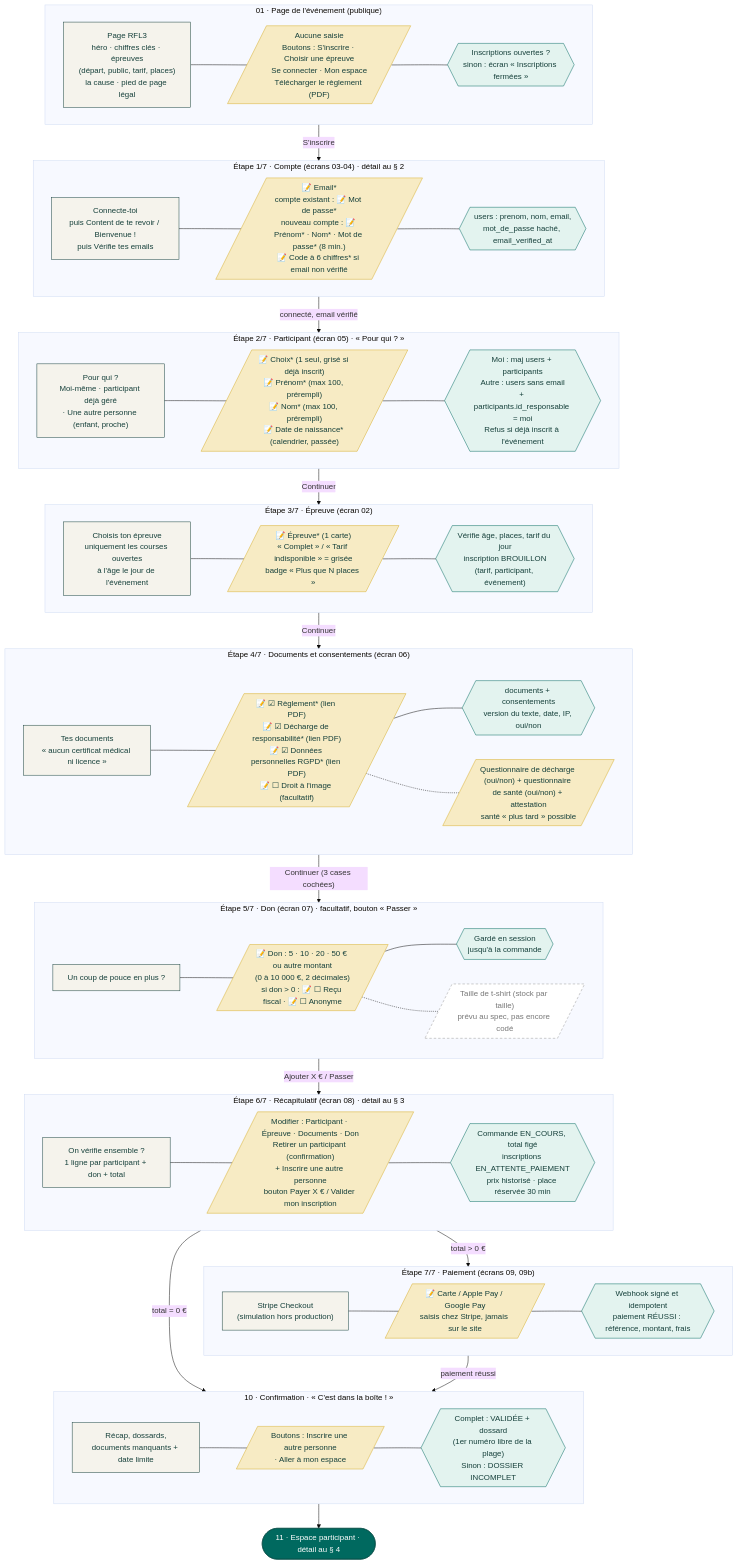
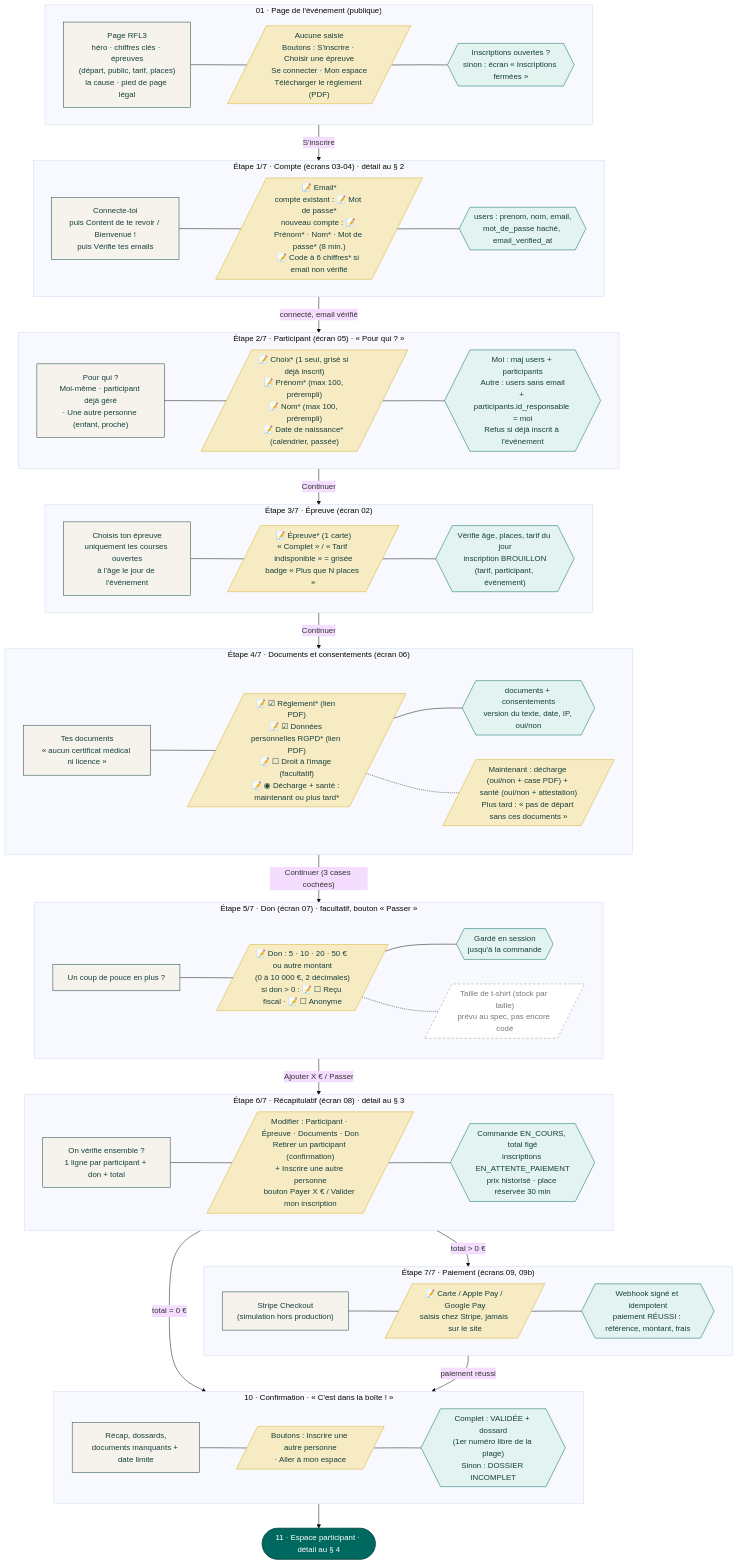
The first of 5 diagrams in docs/parcours-utilisateur.md (OanHamon/Run_For_Lorene), drawn with Mermaid (base theme) before and after one commit. The commit also changed other lines of this file and 14 other files, not shown here.

First line of the commit message:
Décharge et santé : « maintenant » ou « plus tard », remplissables depuis l'espace

```diff
--- a/docs/parcours-utilisateur.md
+++ b/docs/parcours-utilisateur.md
@@ -61,9 +61,9 @@
     subgraph S4["Étape 4/7 · Documents et consentements (écran 06)"]
         direction LR
         E4["Tes documents<br/>« aucun certificat médical ni licence »"]:::ecran
-        D4[/"📝 ☑ Règlement* (lien PDF)<br/>📝 ☑ Décharge de responsabilité* (lien PDF)<br/>📝 ☑ Données personnelles RGPD* (lien PDF)<br/>📝 ☐ Droit à l'image (facultatif)"/]:::saisie
+        D4[/"📝 ☑ Règlement* (lien PDF)<br/>📝 ☑ Données personnelles RGPD* (lien PDF)<br/>📝 ☐ Droit à l'image (facultatif)<br/>📝 ◉ Décharge + santé : maintenant ou plus tard*"/]:::saisie
         V4{{"documents + consentements<br/>version du texte, date, IP, oui/non"}}:::serveur
-        P4[/"Questionnaire de décharge (oui/non) + questionnaire de santé (oui/non) + attestation<br/>santé « plus tard » possible"/]:::saisie
+        P4[/"Maintenant : décharge (oui/non + case PDF) + santé (oui/non + attestation)<br/>Plus tard : « pas de départ sans ces documents »"/]:::saisie
         E4 --- D4 --- V4
         D4 -.- P4
     end
```
